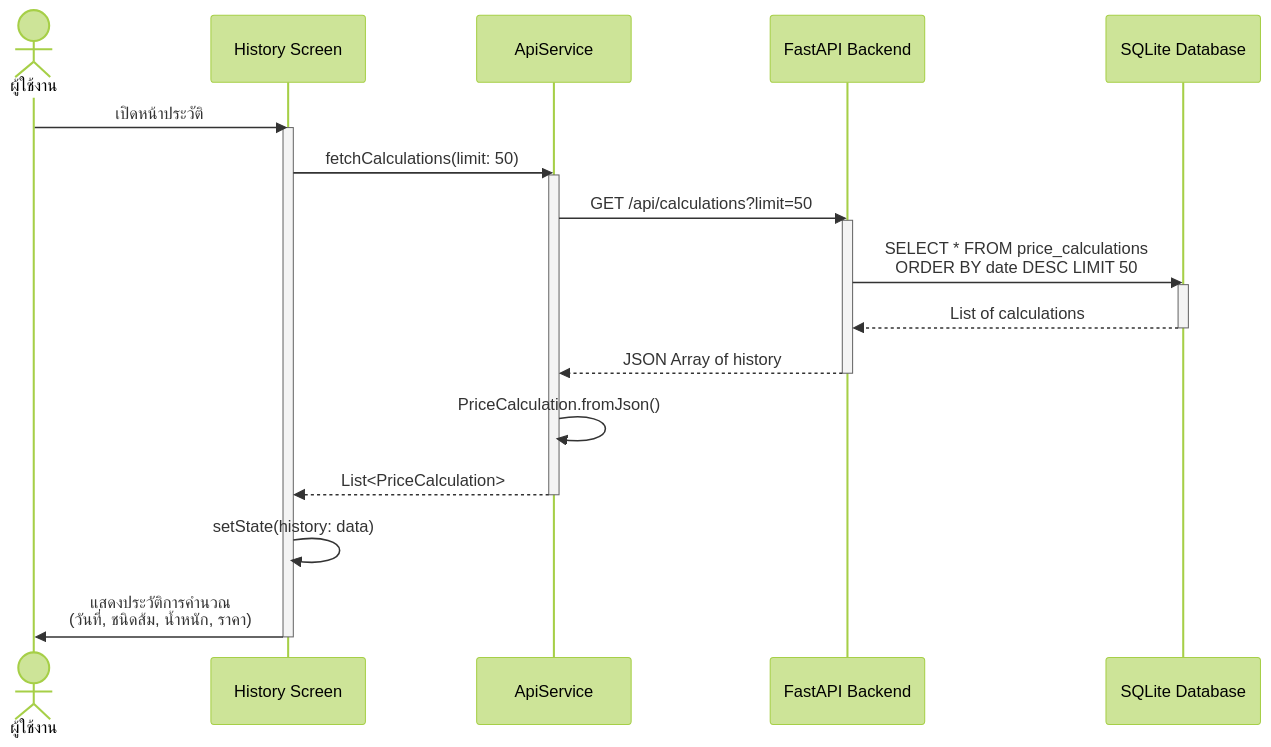
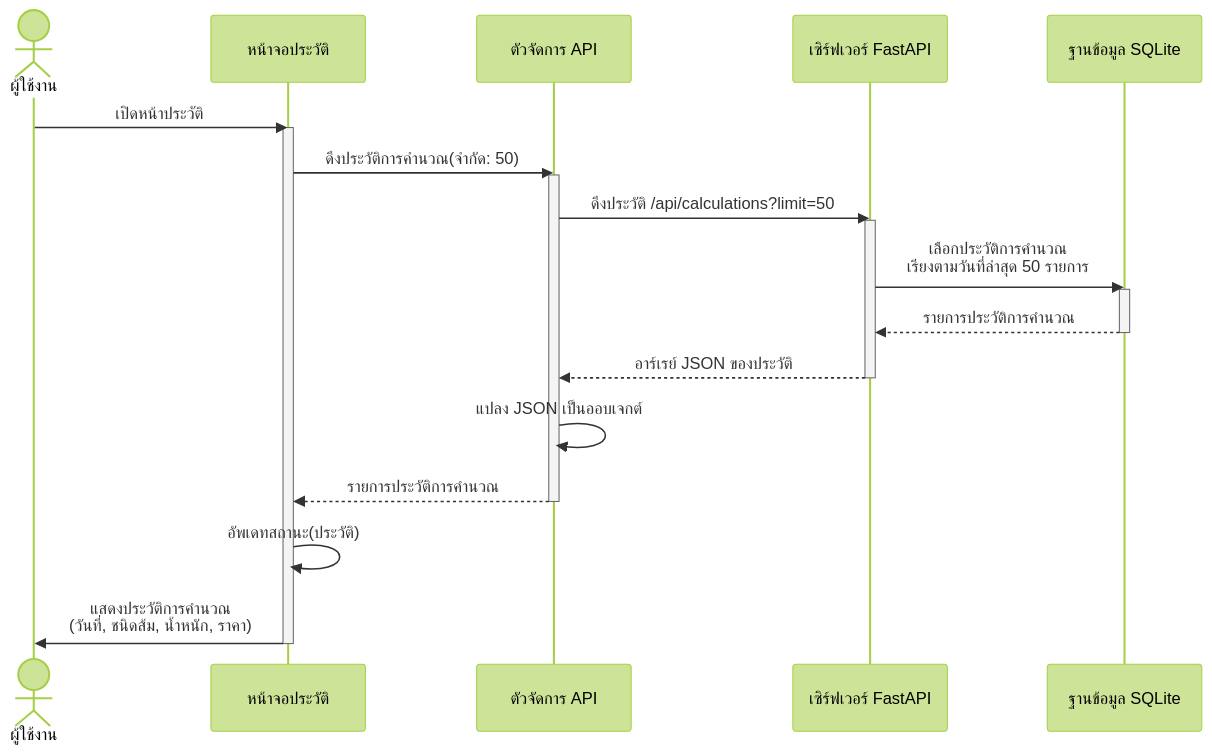
One commit to MyFirstKiss/Flutter-app-for-orange-price-calculation changed the fourth of 5 diagrams in docs/sequence-diagram.md. Above: the diagram before and after it, drawn with Mermaid (forest theme). The commit also changed other lines of this file, not shown here.

Commit message:
แปล sequence diagrams เปนภาษาไทยทงหมด (participants, steps, และ key points)

````diff
--- a/docs/sequence-diagram.md
+++ b/docs/sequence-diagram.md
@@ -132,33 +132,33 @@
 ```mermaid
 sequenceDiagram
     actor User as ผู้ใช้งาน
-    participant UI as History Screen
-    participant API as ApiService
-    participant Backend as FastAPI Backend
-    participant DB as SQLite Database
+    participant UI as หน้าจอประวัติ
+    participant API as ตัวจัดการ API
+    participant Backend as เซิร์ฟเวอร์ FastAPI
+    participant DB as ฐานข้อมูล SQLite
     
     User->>UI: เปิดหน้าประวัติ
     
     activate UI
-    UI->>API: fetchCalculations(limit: 50)
+    UI->>API: ดึงประวัติการคำนวณ(จำกัด: 50)
     
     activate API
-    API->>Backend: GET /api/calculations?limit=50
+    API->>Backend: ดึงประวัติ /api/calculations?limit=50
     
     activate Backend
-    Backend->>DB: SELECT * FROM price_calculations<br/>ORDER BY date DESC LIMIT 50
+    Backend->>DB: เลือกประวัติการคำนวณ<br/>เรียงตามวันที่ล่าสุด 50 รายการ
     activate DB
-    DB-->>Backend: List of calculations
+    DB-->>Backend: รายการประวัติการคำนวณ
     deactivate DB
     
-    Backend-->>API: JSON Array of history
+    Backend-->>API: อาร์เรย์ JSON ของประวัติ
     deactivate Backend
     
-    API->>API: PriceCalculation.fromJson()
-    API-->>UI: List<PriceCalculation>
+    API->>API: แปลง JSON เป็นออบเจกต์
+    API-->>UI: รายการประวัติการคำนวณ
     deactivate API
     
-    UI->>UI: setState(history: data)
+    UI->>UI: อัพเดทสถานะ(ประวัติ)
     UI->>User: แสดงประวัติการคำนวณ<br/>(วันที่, ชนิดส้ม, น้ำหนัก, ราคา)
     deactivate UI
 ```
````
